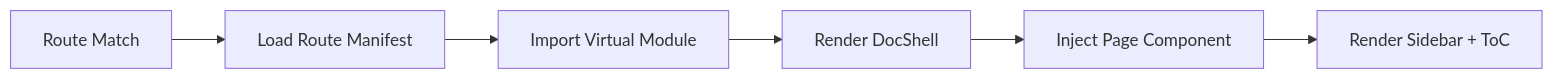
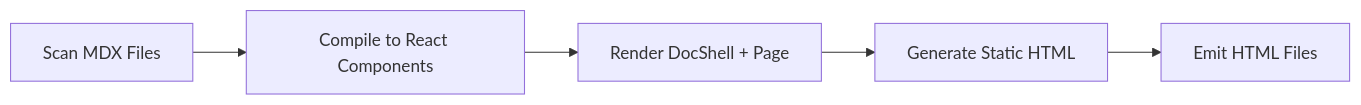
The diagram in design/core.md (taicode-labs/clarify), drawn with Mermaid before and after one commit. The commit also changed other lines of this file and 4 other files, not shown here.

````diff
--- a/design/core.md
+++ b/design/core.md
@@ -105,8 +106,7 @@
 ```mermaid
 graph LR
-    A[Route Match] --> B[Load Route Manifest]
-    B --> C[Import Virtual Module]
-    C --> D[Render DocShell]
-    D --> E[Inject Page Component]
-    E --> F[Render Sidebar + ToC]
+    A[Scan MDX Files] --> B[Compile to React Components]
+    B --> C[Render DocShell + Page]
+    C --> D[Generate Static HTML]
+    D --> E[Emit HTML Files]
 ```
````
